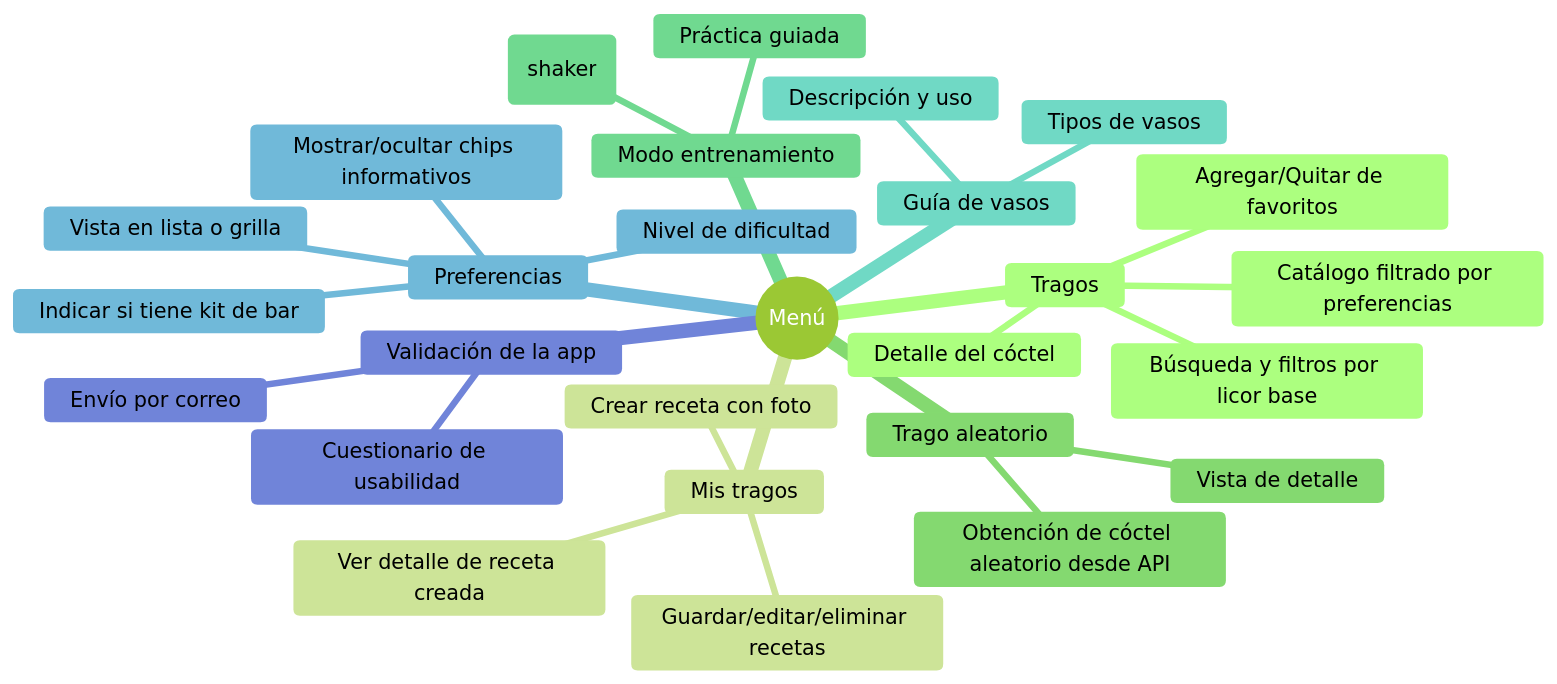
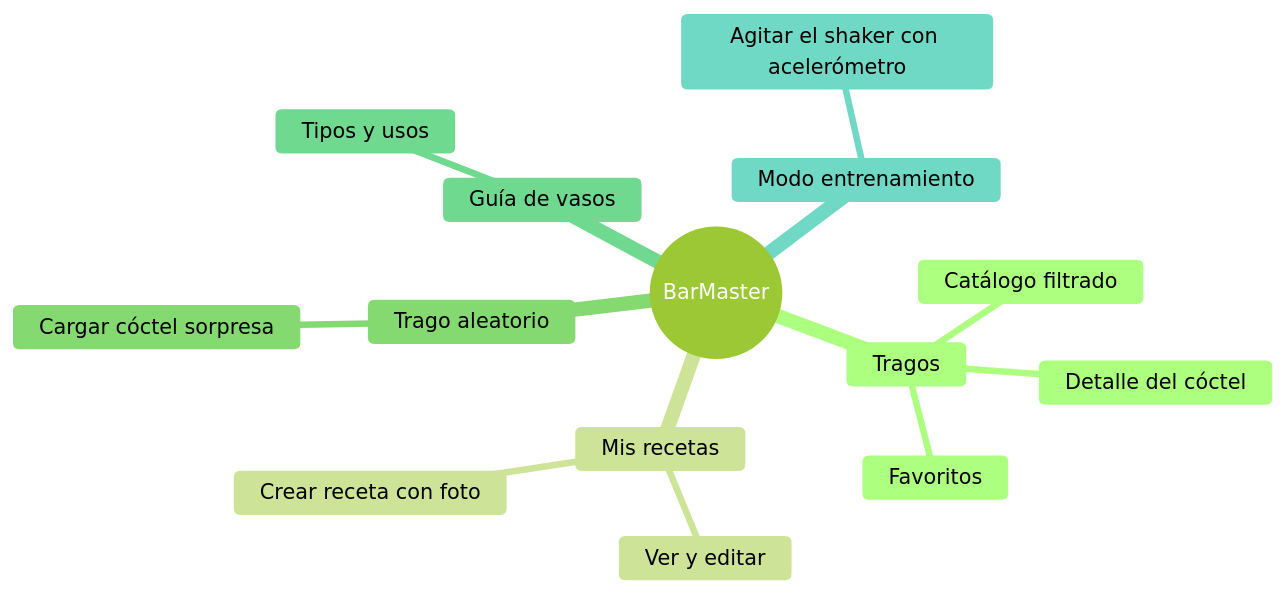
Before and after one commit to sebato123/BarApp: the diagram in README.md, drawn with Mermaid (forest theme).

````diff
--- a/README.md
+++ b/README.md
@@ -26,32 +26,20 @@
 ```mermaid
 mindmap
-  root((Menú))
+  root((BarMaster))
     Tragos
-      Catálogo filtrado por preferencias
-      Búsqueda y filtros por licor base
+      Catálogo filtrado
       Detalle del cóctel
-      Agregar/Quitar de favoritos
-    Mis tragos
+      Favoritos
+    Mis recetas
       Crear receta con foto
-      Guardar/editar/eliminar recetas
-      Ver detalle de receta creada
+      Ver y editar
     Trago aleatorio
-      Obtención de cóctel aleatorio desde API
-      Vista de detalle
+      Cargar cóctel sorpresa
+    Guía de vasos
+      Tipos y usos
     Modo entrenamiento
-      Detección de movimiento (shaker)
-      Práctica guiada
-    Guía de vasos
-      Tipos de vasos
-      Descripción y uso
-    Preferencias
-      Nivel de dificultad
-      Indicar si tiene kit de bar
-      Vista en lista o grilla
-      Mostrar/ocultar chips informativos
-    Validación de la app
-      Cuestionario de usabilidad
-      Envío por correo
+      Agitar el shaker con acelerómetro
+
 
 
 ```
````
